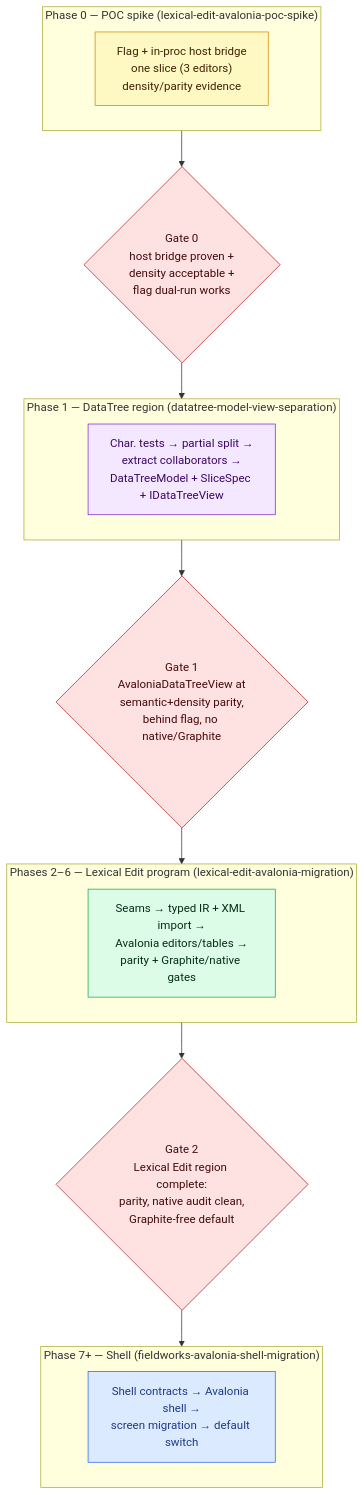
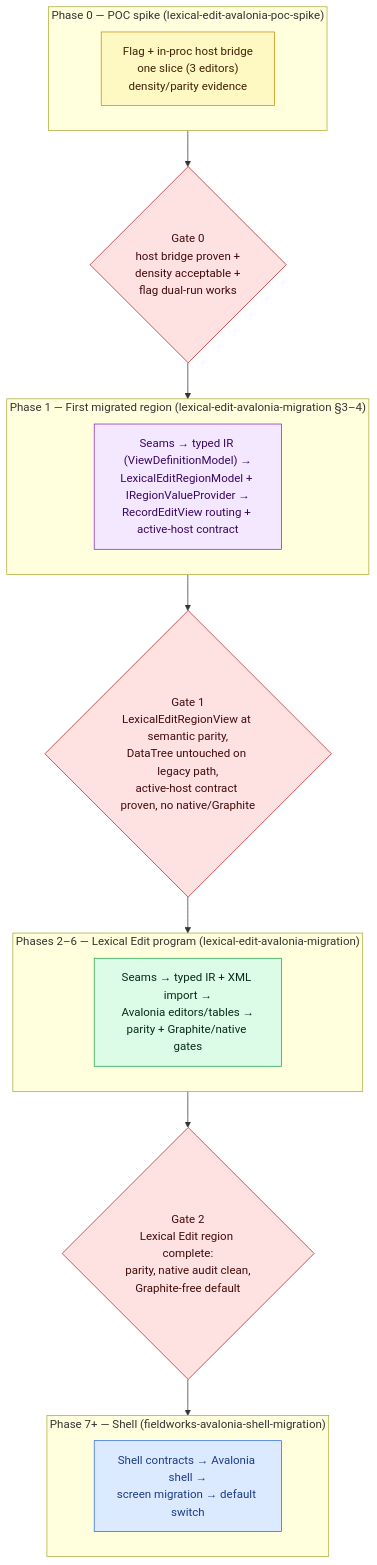
One commit to sillsdev/FieldWorks changed the first of 2 diagrams in openspec/changes/avalonia-migration-roadmap/design.md. Above: the diagram before and after it, drawn with Mermaid. The commit also changed other lines of this file and 4 other files, not shown here.

````diff
--- a/openspec/changes/avalonia-migration-roadmap/design.md
+++ b/openspec/changes/avalonia-migration-roadmap/design.md
@@ -72,31 +78,31 @@
 ```mermaid
 flowchart TB
   subgraph P0["Phase 0 — POC spike (lexical-edit-avalonia-poc-spike)"]
     direction LR
     A0["Flag + in-proc host bridge<br/>one slice (3 editors)<br/>density/parity evidence"]:::poc
   end
-  subgraph P1["Phase 1 — DataTree region (datatree-model-view-separation)"]
+  subgraph P1["Phase 1 — First migrated region (lexical-edit-avalonia-migration §3–4)"]
     direction LR
-    A1["Char. tests → partial split →<br/>extract collaborators →<br/>DataTreeModel + SliceSpec + IDataTreeView"]:::region
+    A1["Seams → typed IR (ViewDefinitionModel) →<br/>LexicalEditRegionModel + IRegionValueProvider →<br/>RecordEditView routing + active-host contract"]:::region
   end
   subgraph P2["Phases 2–6 — Lexical Edit program (lexical-edit-avalonia-migration)"]
     direction LR
     A2["Seams → typed IR + XML import →<br/>Avalonia editors/tables →<br/>parity + Graphite/native gates"]:::spine
   end
   subgraph P7["Phase 7+ — Shell (fieldworks-avalonia-shell-migration)"]
     direction LR
     A7["Shell contracts → Avalonia shell →<br/>screen migration → default switch"]:::shell
   end
 
   G0{"Gate 0<br/>host bridge proven +<br/>density acceptable +<br/>flag dual-run works"}:::gate
-  G1{"Gate 1<br/>AvaloniaDataTreeView at<br/>semantic+density parity,<br/>behind flag, no native/Graphite"}:::gate
+  G1{"Gate 1<br/>LexicalEditRegionView at semantic parity,<br/>DataTree untouched on legacy path,<br/>active-host contract proven, no native/Graphite"}:::gate
   G2{"Gate 2<br/>Lexical Edit region complete:<br/>parity, native audit clean,<br/>Graphite-free default"}:::gate
 
   P0 --> G0 --> P1 --> G1 --> P2 --> G2 --> P7
 
   classDef poc fill:#fef9c3,stroke:#ca8a04,color:#422006;
   classDef region fill:#f3e8ff,stroke:#7e22ce,color:#3b0764;
   classDef spine fill:#dcfce7,stroke:#16a34a,color:#052e16;
   classDef shell fill:#dbeafe,stroke:#2563eb,color:#1e3a8a;
   classDef gate fill:#fee2e2,stroke:#b91c1c,color:#450a0a;
 ```
````
